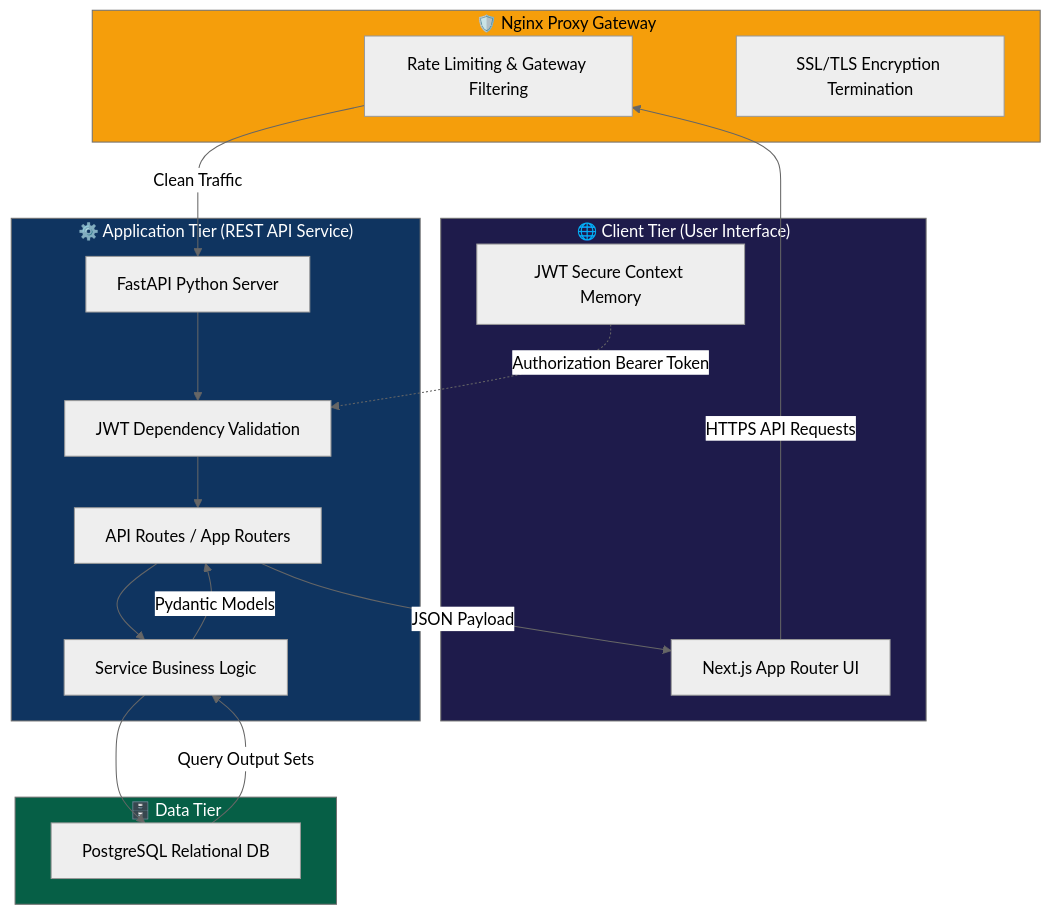
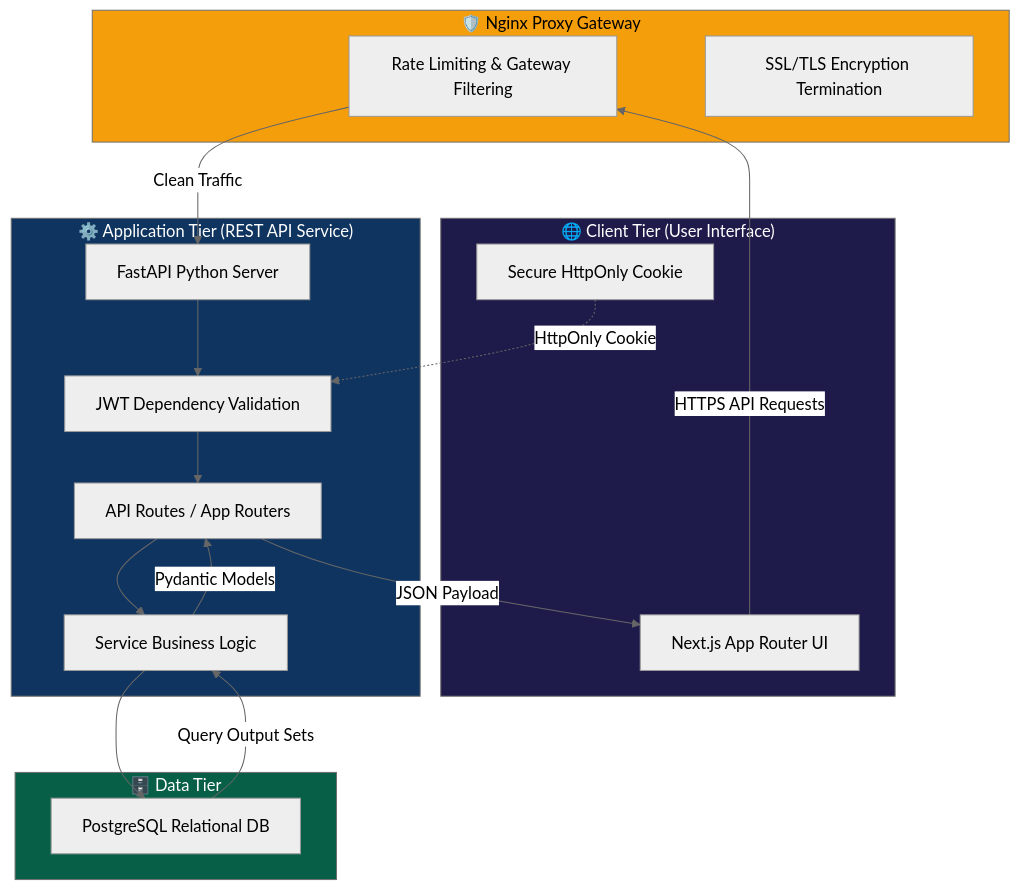
The first of 4 diagrams in docs/05-HLD.md (algorithnicmind/Bookflow-management), drawn with Mermaid (neutral theme) before and after one commit. The commit also changed other lines of this file and 7 other files, not shown here.

First line of the commit message:
Add HttpOnly cookie auth & AI Chatbot module

````diff
--- a/docs/05-HLD.md
+++ b/docs/05-HLD.md
@@ -13,39 +13,39 @@
 ```mermaid
 graph TB
     subgraph Security["🛡️ Nginx Proxy Gateway"]
         Filter[Rate Limiting & Gateway Filtering]
         SSL[SSL/TLS Encryption Termination]
     end
     
     subgraph Client["🌐 Client Tier (User Interface)"]
         Next[Next.js App Router UI]
-        JWT[JWT Secure Context Memory]
+        JWT[Secure HttpOnly Cookie]
     end
     
     subgraph Server["⚙️ Application Tier (REST API Service)"]
         FastAPI[FastAPI Python Server]
         Auth[JWT Dependency Validation]
         Routes[API Routes / App Routers]
         BL[Service Business Logic]
     end
     
     subgraph Data["🗄️ Data Tier"]
         PG[PostgreSQL Relational DB]
     end
     
     Next -->|HTTPS API Requests| Filter
     Filter -->|Clean Traffic| FastAPI
     FastAPI --> Auth
     Auth --> Routes
     Routes --> BL
     BL --> PG
     PG -->|Query Output Sets| BL
     BL -->|Pydantic Models| Routes
     Routes -->|JSON Payload| Next
-    JWT -.->|Authorization Bearer Token| Auth
+    JWT -.->|HttpOnly Cookie| Auth
     
     style Security fill:#F59E0B,color:#000
     style Client fill:#1e1b4b,color:#fff
     style Server fill:#0f3460,color:#fff
     style Data fill:#065f46,color:#fff
 ```
````
